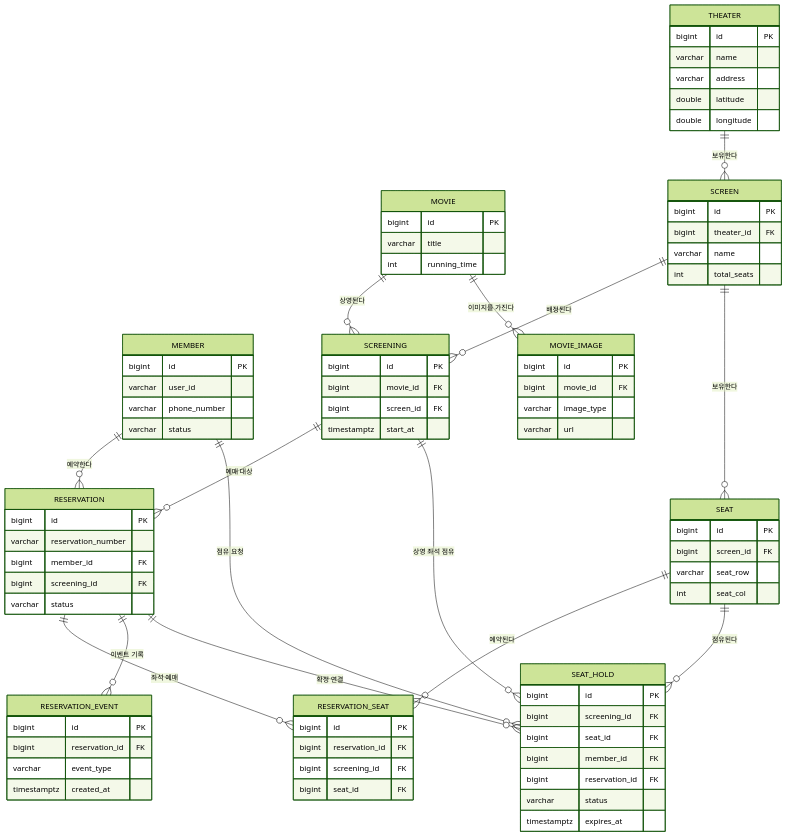
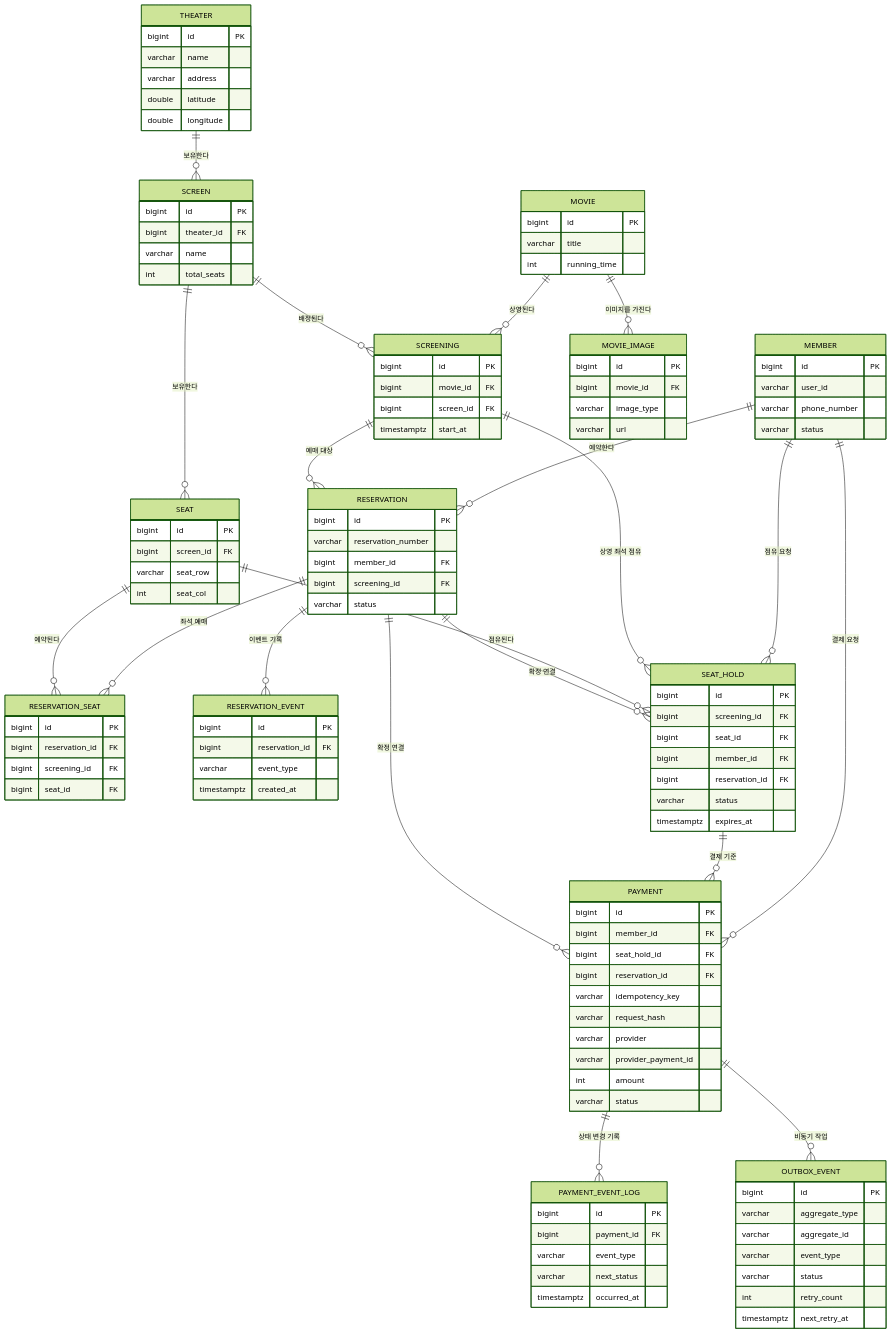
One commit to kangjuhyup/gc-project changed the first of 15 diagrams in architect.md. Above: the diagram before and after it, drawn with Mermaid (forest theme). The commit also changed other lines of this file, not shown here.

First line of the commit message:
docs(architecture) : 결제 환불 문서 최신화

````diff
--- a/architect.md
+++ b/architect.md
@@ -43,6 +46,11 @@
     SCREENING ||--o{ SEAT_HOLD : "상영 좌석 점유"
     SEAT ||--o{ SEAT_HOLD : "점유된다"
     RESERVATION ||--o{ SEAT_HOLD : "확정 연결"
+    MEMBER ||--o{ PAYMENT : "결제 요청"
+    SEAT_HOLD ||--o{ PAYMENT : "결제 기준"
+    RESERVATION ||--o{ PAYMENT : "확정 연결"
+    PAYMENT ||--o{ PAYMENT_EVENT_LOG : "상태 변경 기록"
+    PAYMENT ||--o{ OUTBOX_EVENT : "비동기 작업"
 
     MEMBER {
         bigint id PK
@@ -124,4 +132,35 @@
         varchar event_type
         timestamptz created_at
     }
+
+    PAYMENT {
+        bigint id PK
+        bigint member_id FK
+        bigint seat_hold_id FK
+        bigint reservation_id FK
+        varchar idempotency_key
+        varchar request_hash
+        varchar provider
+        varchar provider_payment_id
+        int amount
+        varchar status
+    }
+
+    PAYMENT_EVENT_LOG {
+        bigint id PK
+        bigint payment_id FK
+        varchar event_type
+        varchar next_status
+        timestamptz occurred_at
+    }
+
+    OUTBOX_EVENT {
+        bigint id PK
+        varchar aggregate_type
+        varchar aggregate_id
+        varchar event_type
+        varchar status
+        int retry_count
+        timestamptz next_retry_at
+    }
 ```
````
